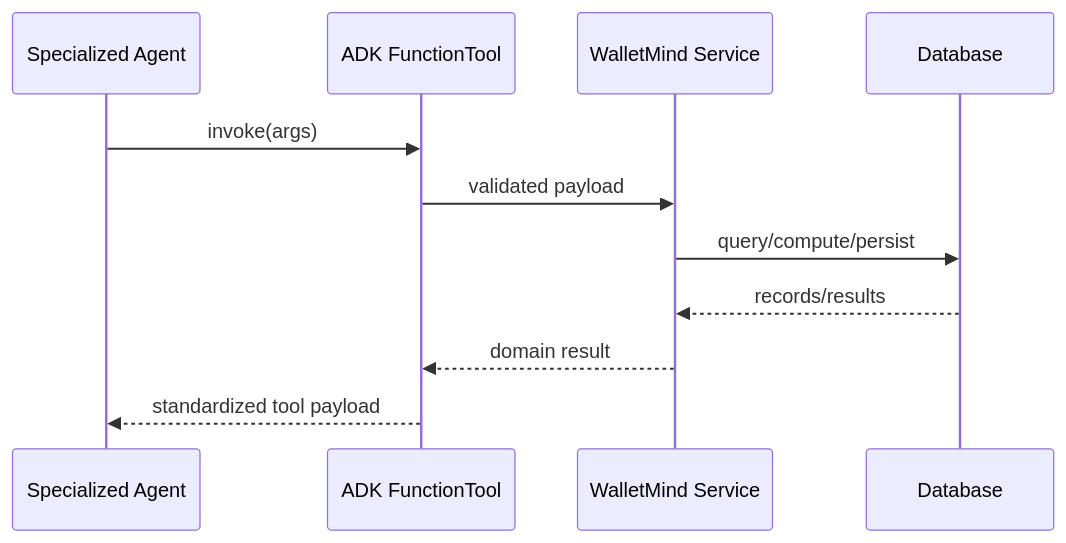
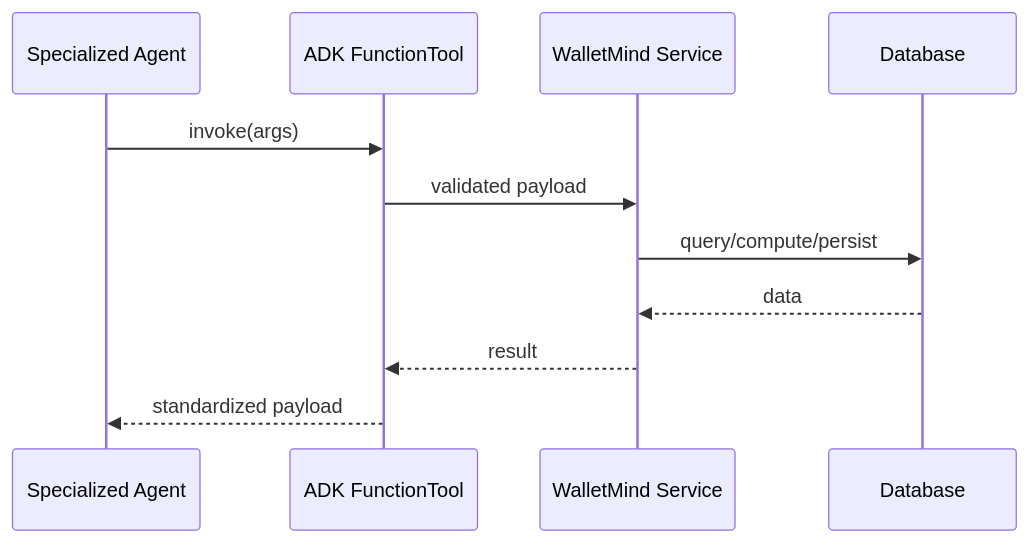
One commit to Abhinav-B-19/WalletMind changed the fifth of 9 diagrams in docs/judge/ARCHITECTURE.md. Above: the diagram before and after it, drawn with Mermaid. The commit also changed other lines of this file and 7 other files, not shown here.

Commit message:
Kaggle notebook foundation, competition writeup, architecture diagrams, and judge documentation

````diff
--- a/docs/judge/ARCHITECTURE.md
+++ b/docs/judge/ARCHITECTURE.md
@@ -94,14 +87,14 @@
 ```mermaid
 sequenceDiagram
-    participant A as Specialized Agent
-    participant F as ADK FunctionTool
+    participant SA as Specialized Agent
+    participant FT as ADK FunctionTool
     participant S as WalletMind Service
     participant D as Database
 
-    A->>F: invoke(args)
-    F->>S: validated payload
+    SA->>FT: invoke(args)
+    FT->>S: validated payload
     S->>D: query/compute/persist
-    D-->>S: records/results
-    S-->>F: domain result
-    F-->>A: standardized tool payload
+    D-->>S: data
+    S-->>FT: result
+    FT-->>SA: standardized payload
 ```
````
